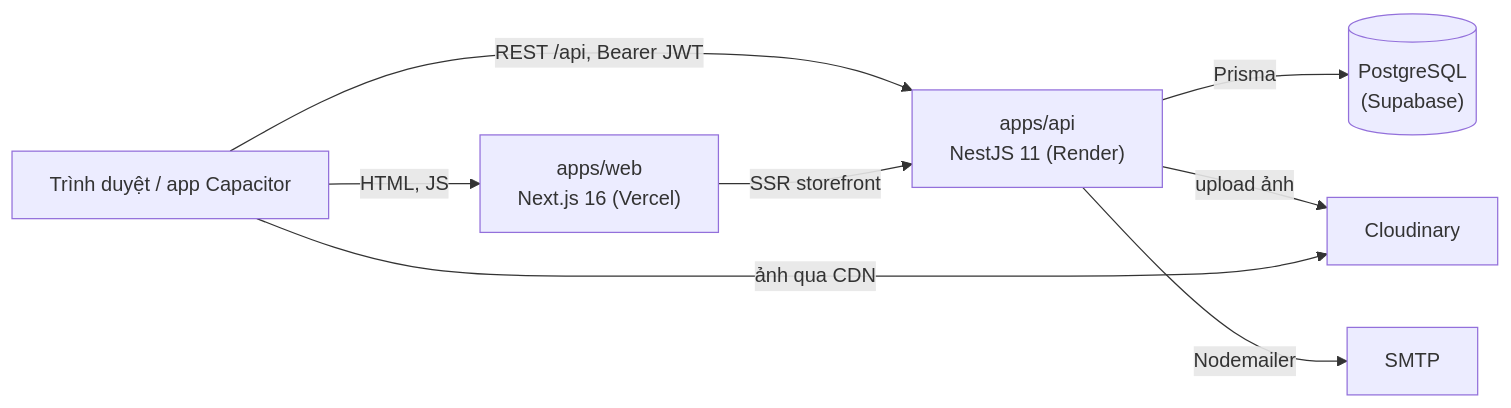
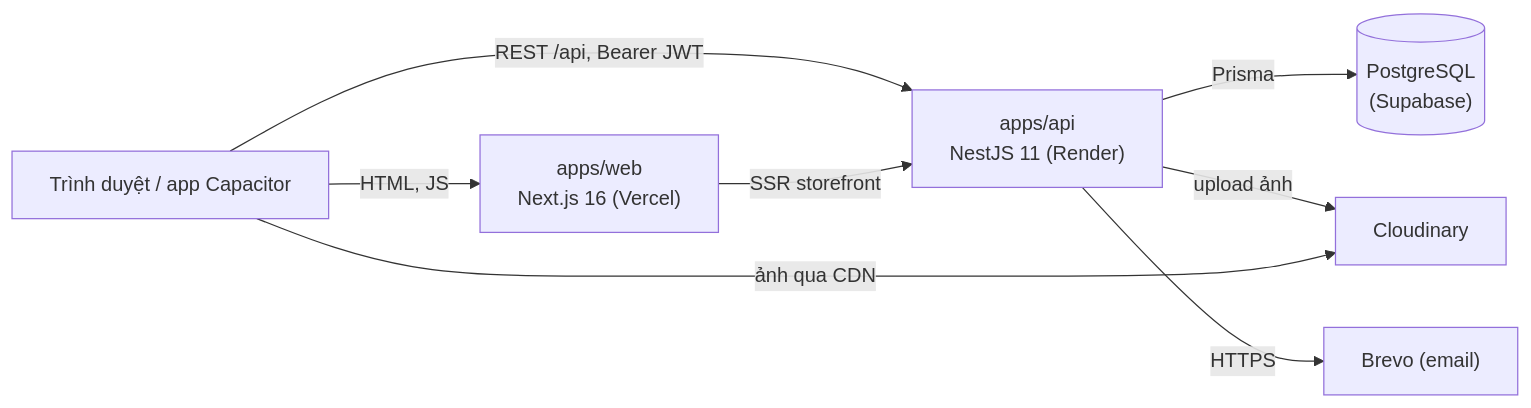
One commit to Dieenj/marketup changed the diagram in docs/architecture.md. Above: the diagram before and after it, drawn with Mermaid. The commit also changed other lines of this file and 7 other files, not shown here.

First line of the commit message:
feat(api): send email through Brevo's HTTPS API

````diff
--- a/docs/architecture.md
+++ b/docs/architecture.md
@@ -5,10 +5,10 @@
 ```mermaid
 flowchart LR
     Browser["Trình duyệt / app Capacitor"] -->|HTML, JS| Web["apps/web<br/>Next.js 16 (Vercel)"]
     Browser -->|REST /api, Bearer JWT| API["apps/api<br/>NestJS 11 (Render)"]
     Web -->|SSR storefront| API
     API -->|Prisma| DB[("PostgreSQL<br/>(Supabase)")]
     API -->|upload ảnh| Cloudinary
-    API -->|Nodemailer| SMTP
+    API -->|HTTPS| Brevo["Brevo (email)"]
     Browser -->|ảnh qua CDN| Cloudinary
 ```
````
